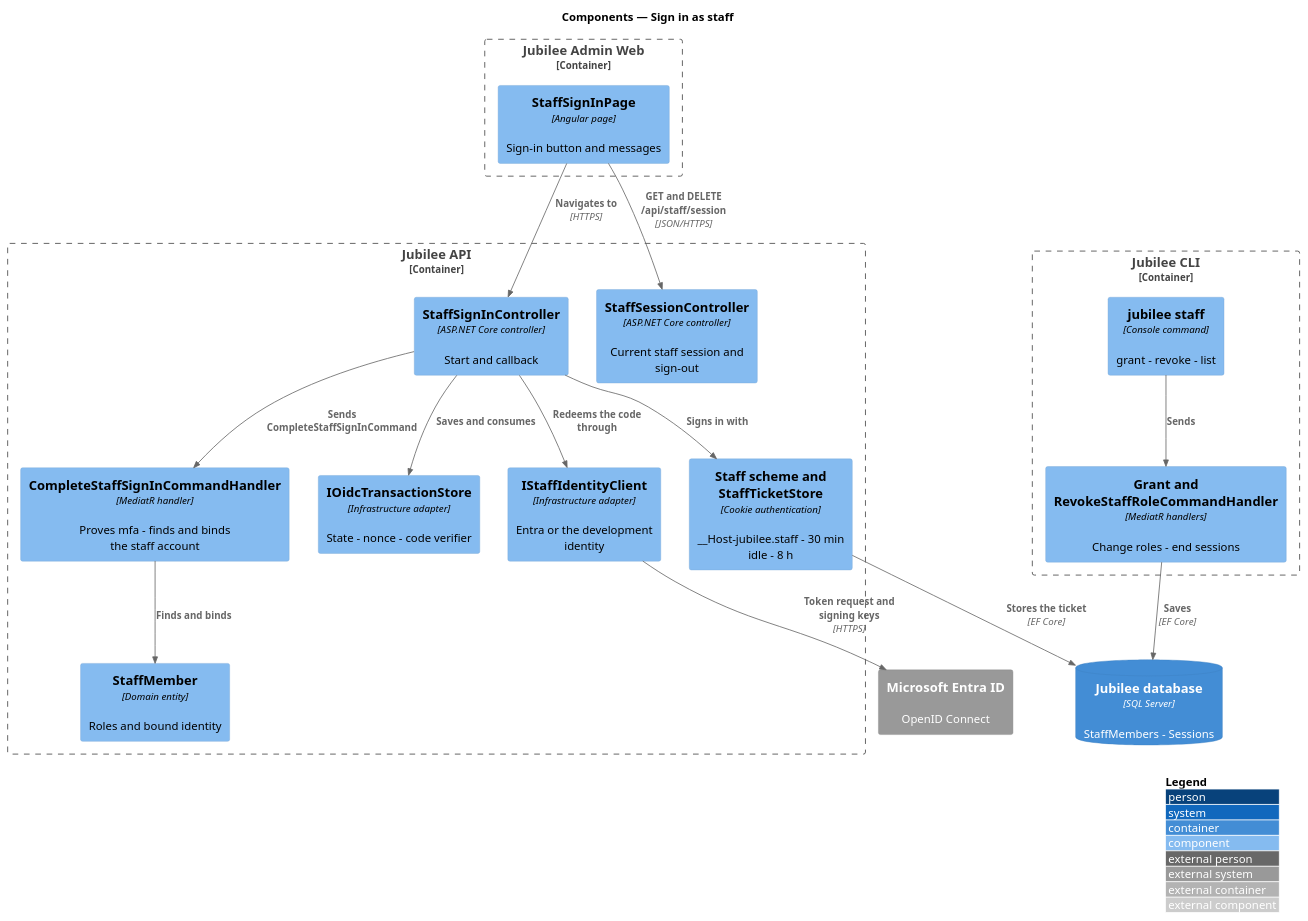
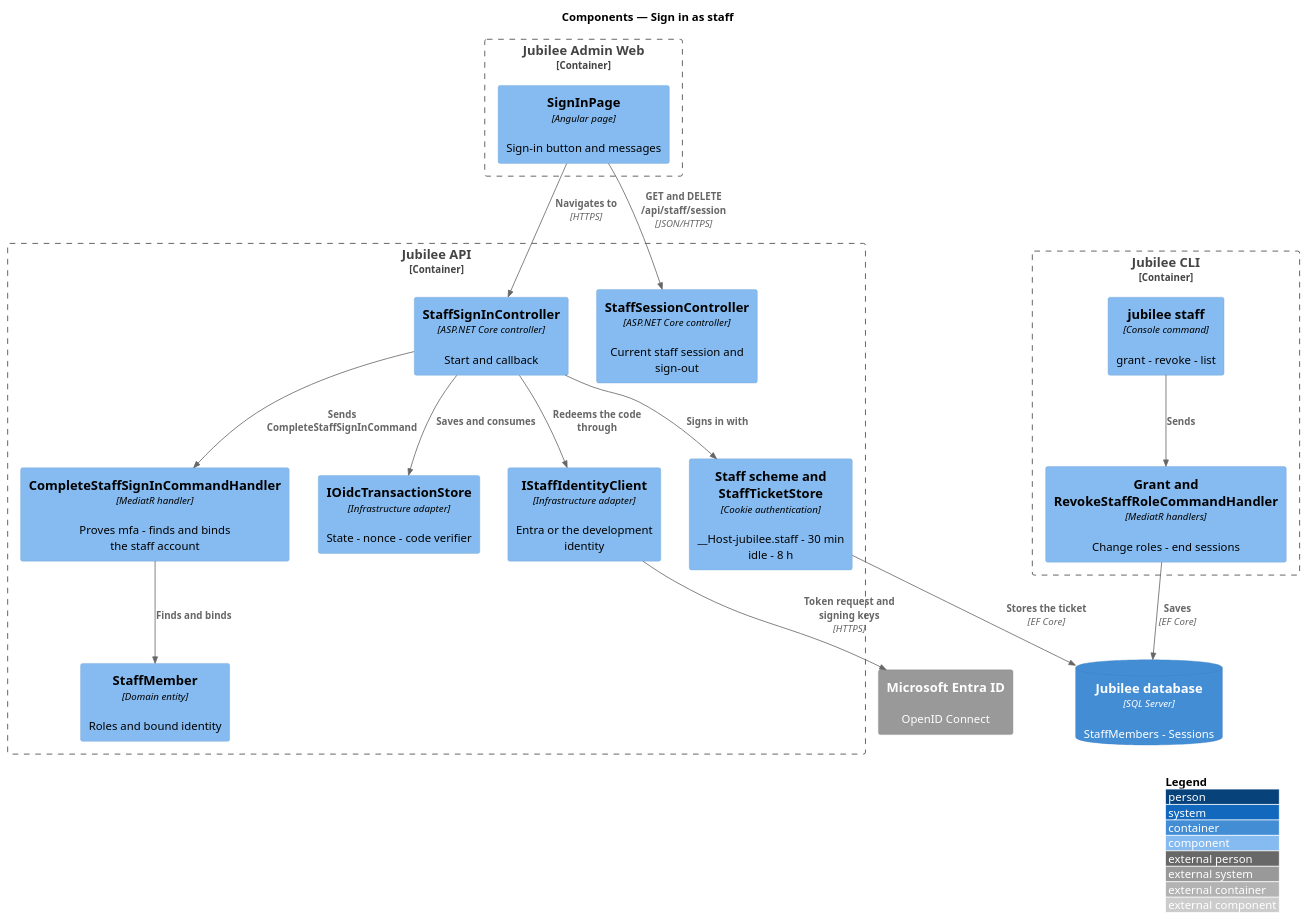
The diagram in docs/detailed-designs/accounts/sign-in-as-staff/diagrams/c4-component.puml (QuinntyneBrown/jubilee), drawn with PlantUML before and after one commit. The commit also changed 7 other files, not shown here.

Commit message:
Name the admin application's sign-in page and interceptor as the code does

```diff
--- a/docs/detailed-designs/accounts/sign-in-as-staff/diagrams/c4-component.puml
+++ b/docs/detailed-designs/accounts/sign-in-as-staff/diagrams/c4-component.puml
@@ -1,35 +1,35 @@
 @startuml
 !include <C4/C4_Component>
 LAYOUT_WITH_LEGEND()
 title Components — Sign in as staff
 
 Container_Boundary(admin, "Jubilee Admin Web") {
-  Component(page, "StaffSignInPage", "Angular page", "Sign-in button and messages")
+  Component(page, "SignInPage", "Angular page", "Sign-in button and messages")
 }
 Container_Boundary(api, "Jubilee API") {
   Component(ctrl, "StaffSignInController", "ASP.NET Core controller", "Start and callback")
   Component(sess, "StaffSessionController", "ASP.NET Core controller", "Current staff session and sign-out")
   Component(client, "IStaffIdentityClient", "Infrastructure adapter", "Entra or the development identity")
   Component(txn, "IOidcTransactionStore", "Infrastructure adapter", "State - nonce - code verifier")
   Component(handler, "CompleteStaffSignInCommandHandler", "MediatR handler", "Proves mfa - finds and binds the staff account")
   Component(scheme, "Staff scheme and StaffTicketStore", "Cookie authentication", "__Host-jubilee.staff - 30 min idle - 8 h")
   Component(staffacc, "StaffMember", "Domain entity", "Roles and bound identity")
 }
 Container_Boundary(cli, "Jubilee CLI") {
   Component(cmd, "jubilee staff", "Console command", "grant - revoke - list")
   Component(grant, "Grant and RevokeStaffRoleCommandHandler", "MediatR handlers", "Change roles - end sessions")
 }
 ContainerDb(db, "Jubilee database", "SQL Server", "StaffMembers - Sessions")
 System_Ext(entra, "Microsoft Entra ID", "OpenID Connect")
 Rel(page, ctrl, "Navigates to", "HTTPS")
 Rel(page, sess, "GET and DELETE /api/staff/session", "JSON/HTTPS")
 Rel(ctrl, txn, "Saves and consumes")
 Rel(ctrl, client, "Redeems the code through")
 Rel(client, entra, "Token request and signing keys", "HTTPS")
 Rel(ctrl, handler, "Sends CompleteStaffSignInCommand")
 Rel(handler, staffacc, "Finds and binds")
 Rel(ctrl, scheme, "Signs in with")
 Rel(scheme, db, "Stores the ticket", "EF Core")
 Rel(cmd, grant, "Sends")
 Rel(grant, db, "Saves", "EF Core")
 @enduml
```
